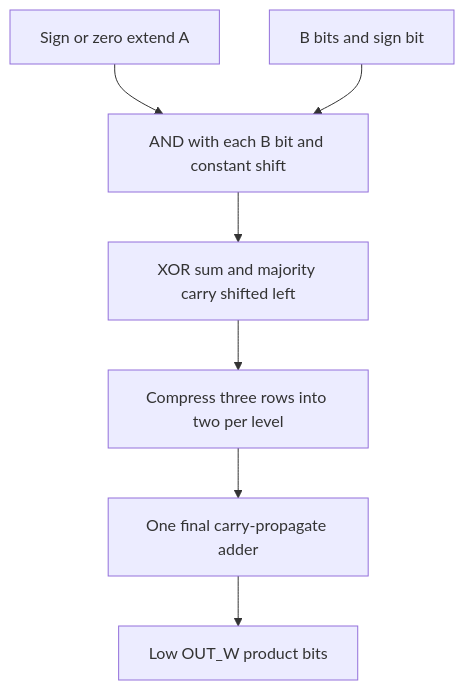
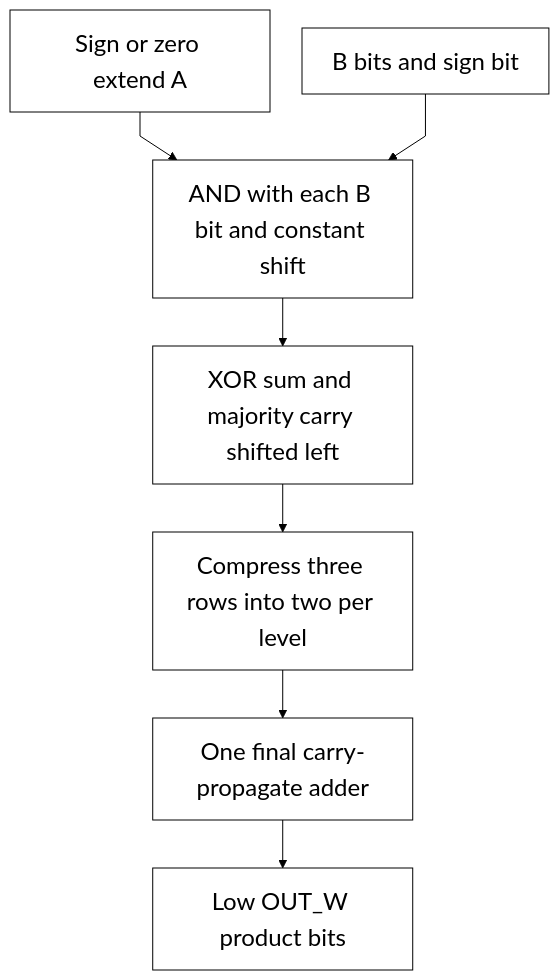
One commit to nguyennhutkhanhtom/NPU changed the diagram in docs/source_guide/blocks/logic_mul.sv.md. Above: the diagram before and after it, drawn with Mermaid. The commit also changed 102 other files, not shown here.

First line of the commit message:
docs: refresh guides and source-grounded RTL diagrams

````diff
--- a/docs/source_guide/blocks/logic_mul.sv.md
+++ b/docs/source_guide/blocks/logic_mul.sv.md
@@ -13,9 +13,12 @@
 ```mermaid
+%%{init: {"theme":"base","fontFamily":"Arial, sans-serif","themeVariables":{"fontSize":"24px","primaryColor":"#ffffff","primaryTextColor":"#000000","primaryBorderColor":"#000000","secondaryColor":"#ffffff","tertiaryColor":"#ffffff","lineColor":"#000000","textColor":"#000000","mainBkg":"#ffffff","nodeBorder":"#000000","clusterBkg":"#ffffff","clusterBorder":"#000000","edgeLabelBackground":"#ffffff"},"flowchart":{"htmlLabels":true,"useMaxWidth":false,"nodeSpacing":32,"rankSpacing":48,"curve":"linear","subGraphTitleMargin":{"top":16,"bottom":30}}}}%%
 flowchart TB
     A[Sign or zero extend A] --> BIT[AND with each B bit and constant shift]
     B[B bits and sign bit] --> BIT
     BIT --> CSA[XOR sum and majority carry shifted left]
     CSA --> TREE[Compress three rows into two per level]
     TREE --> ADD[One final carry-propagate adder]
     ADD --> OUT[Low OUT_W product bits]
+    classDef default fill:white,stroke:black,color:black,font-size:24px;
+    linkStyle default stroke:black,color:black;
 ```
````
